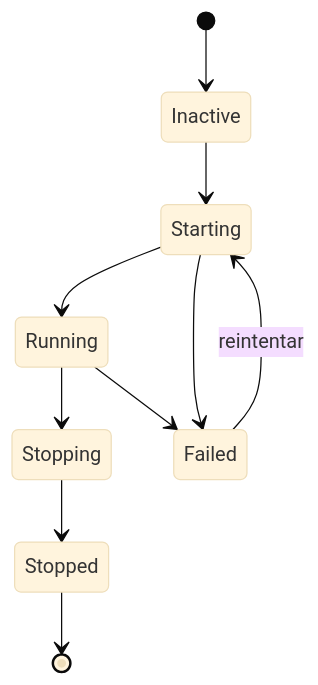
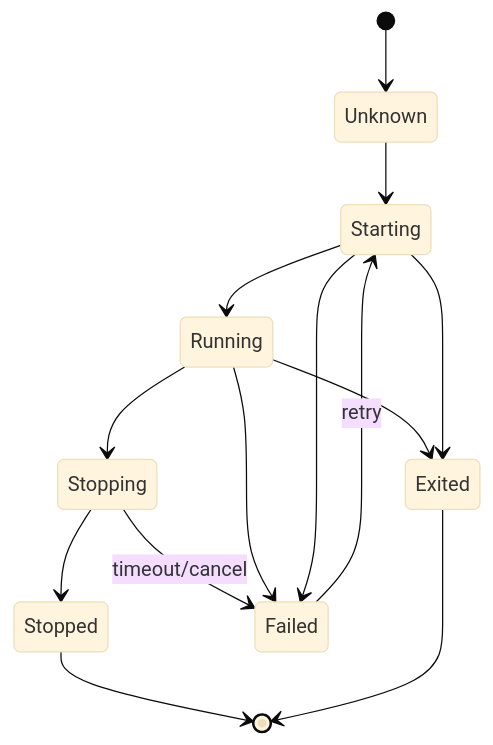
One commit to wippyai/docs changed the second of 2 diagrams in es/guides/supervision.md. Above: the diagram before and after it, drawn with Mermaid (base theme). The commit also changed other lines of this file and 21 other files, not shown here.

````diff
--- a/es/guides/supervision.md
+++ b/es/guides/supervision.md
@@ -155,13 +154,17 @@
 ```mermaid
 stateDiagram-v2
-    [*] --> Inactive
-    Inactive --> Starting
+    [*] --> Unknown
+    Unknown --> Starting
     Starting --> Running
     Running --> Stopping
     Stopping --> Stopped
+    Stopping --> Failed : timeout/cancel
     Stopped --> [*]
 
     Running --> Failed
     Starting --> Failed
-    Failed --> Starting : reintentar
+    Failed --> Starting : retry
+    Running --> Exited
+    Starting --> Exited
+    Exited --> [*]
 ```
````
